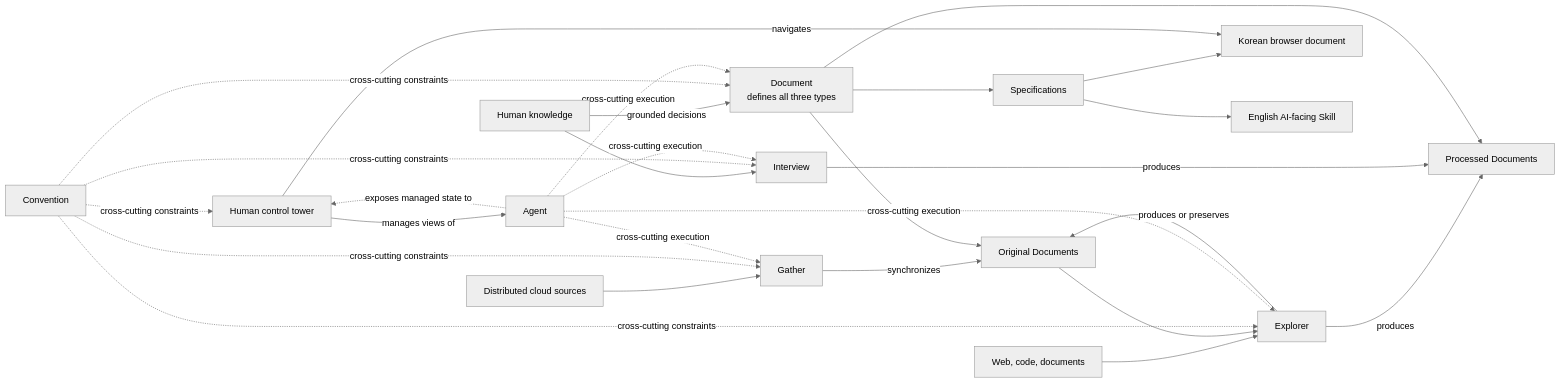
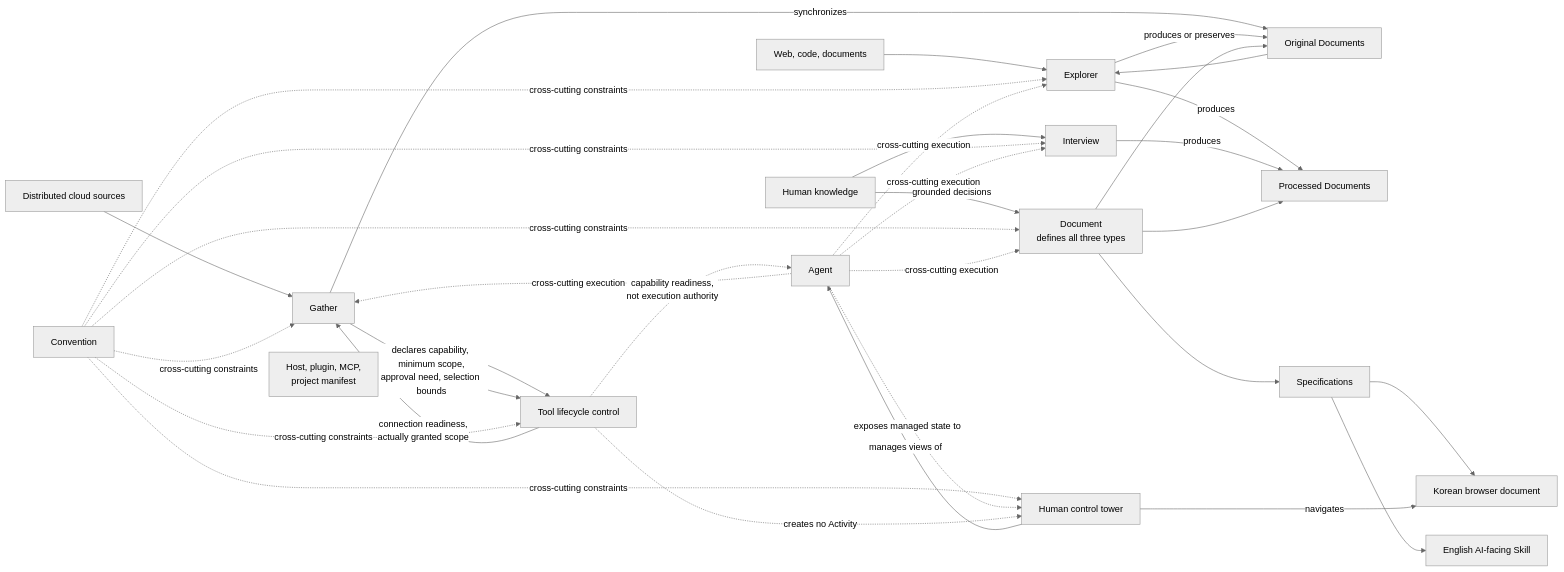
One commit to KoreanLeeChangHyun/agent-factory-codex-plugin changed the second of 9 diagrams in skills/convention/references/diagrams.md. Above: the diagram before and after it, drawn with Mermaid (neutral theme). The commit also changed 22 other files, not shown here.

Commit message:
feat(tool): add external lifecycle control skill

````diff
--- a/skills/convention/references/diagrams.md
+++ b/skills/convention/references/diagrams.md
@@ -53,31 +53,37 @@
 ```mermaid
 flowchart LR
     accTitle: Agent Factory core capability topology
-    accDescr: Gather, Explorer, Interview, Document, Convention, Agent, and Workspace have distinct inputs, outputs, execution, and authority relationships.
+    accDescr: Gather, Tool, Explorer, Interview, Document, Convention, Agent, and Workspace have distinct inputs, outputs, execution, lifecycle, and authority relationships.
     Sources[Distributed cloud sources] --> Gather
+    Authorities[Host, plugin, MCP,<br/>project manifest] --> Tool[Tool lifecycle control]
+    Gather -->|declares capability, minimum scope,<br/>approval need, selection bounds| Tool
+    Tool -->|connection readiness,<br/>actually granted scope| Gather
     Gather -->|synchronizes| Original[Original Documents]
     WebCodeDocs[Web, code, documents] --> Explorer
     Original --> Explorer
     Explorer -->|produces or preserves| Original
     Explorer -->|produces| Processed[Processed Documents]
     Human[Human knowledge] --> Interview
     Interview -->|produces| Processed
     Document[Document<br/>defines all three types] --> Original
     Document --> Processed
     Document --> Specification[Specifications]
     Human -->|grounded decisions| Document
     Specification --> HumanView[Korean browser document]
     Specification --> AIView[English AI-facing Skill]
     Workspace[Human control tower] -->|navigates| HumanView
     Workspace -->|manages views of| Agent
     Convention -. cross-cutting constraints .-> Gather
+    Convention -. cross-cutting constraints .-> Tool
     Convention -. cross-cutting constraints .-> Explorer
     Convention -. cross-cutting constraints .-> Interview
     Convention -. cross-cutting constraints .-> Document
     Convention -. cross-cutting constraints .-> Workspace
     Agent -. cross-cutting execution .-> Gather
+    Tool -. capability readiness,<br/>not execution authority .-> Agent
     Agent -. cross-cutting execution .-> Explorer
     Agent -. cross-cutting execution .-> Interview
     Agent -. cross-cutting execution .-> Document
     Agent -. exposes managed state to .-> Workspace
+    Tool -. creates no Activity .-> Workspace
 ```
````
